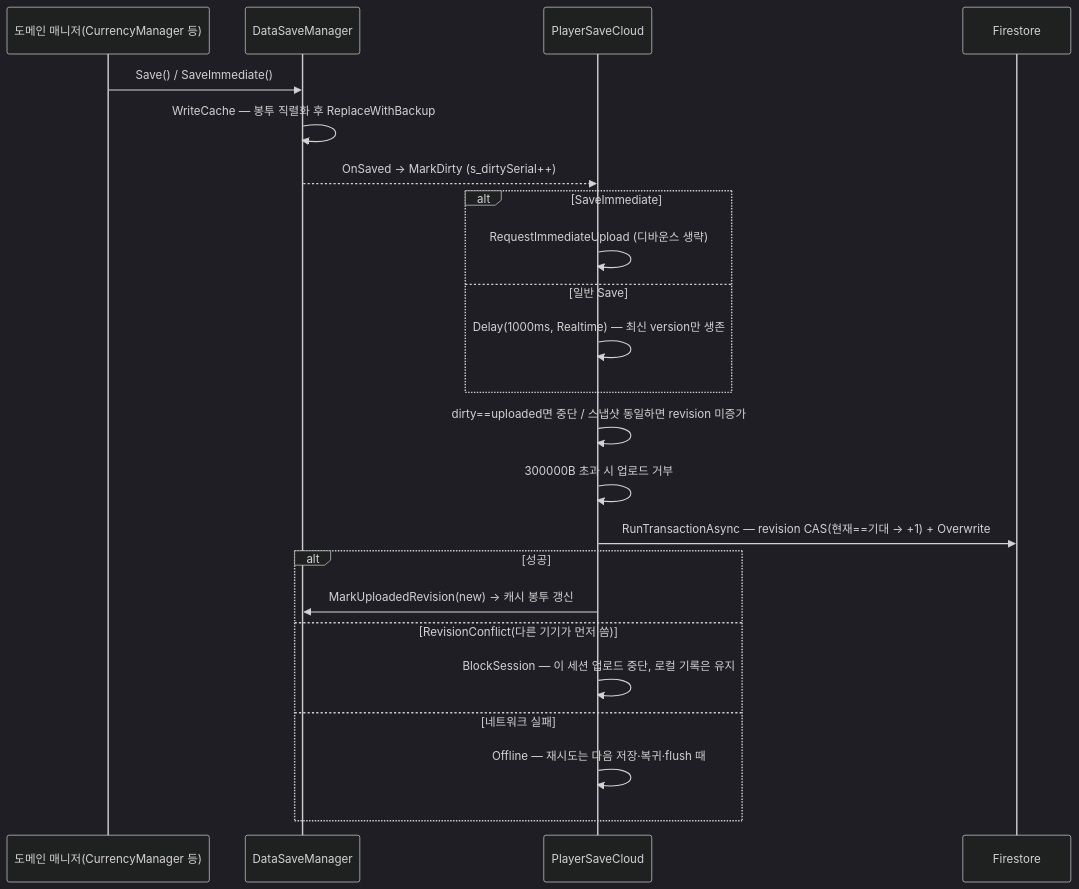
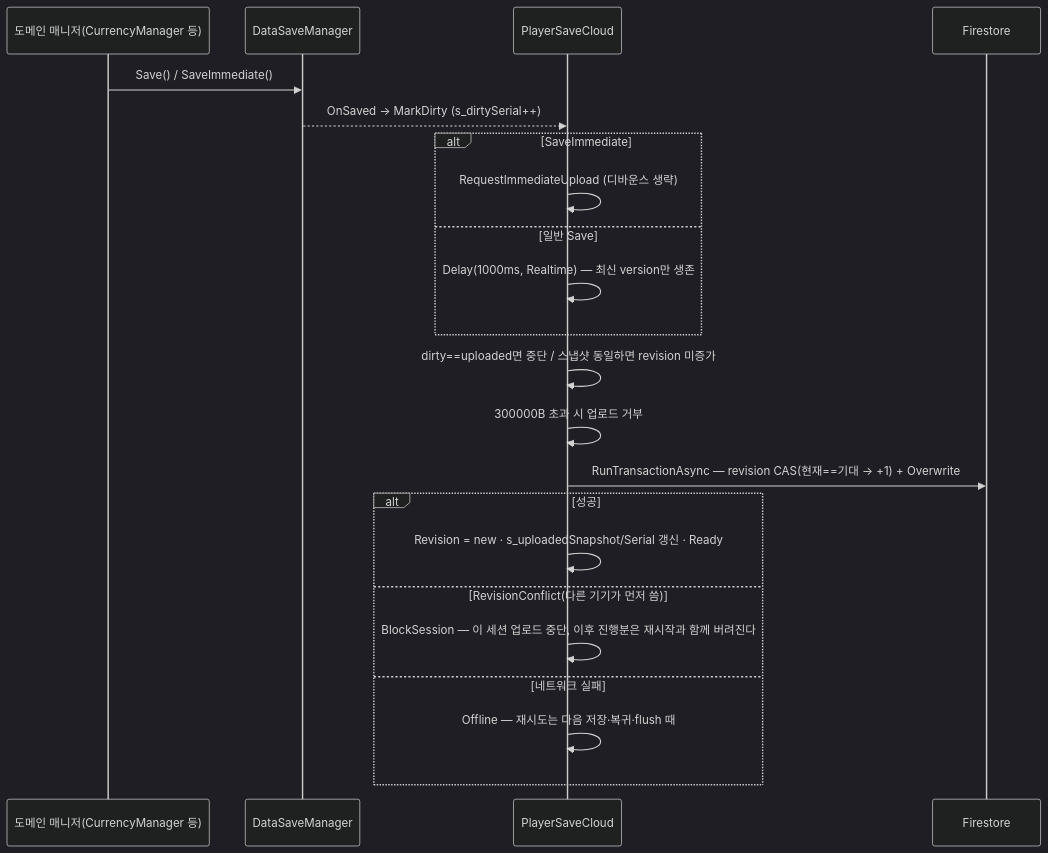
Before and after one commit to hspark-maker/TeamfightTCG_Migriation: the third of 27 diagrams in docs/OutGamePlan/STRUCTURE.md, drawn with Mermaid (dark theme). The commit also changed other lines of this file and 24 other files, not shown here.

````diff
--- a/docs/OutGamePlan/STRUCTURE.md
+++ b/docs/OutGamePlan/STRUCTURE.md
@@ -90,26 +82,25 @@
 ```mermaid
 sequenceDiagram
     participant MGR as 도메인 매니저(CurrencyManager 등)
     participant DSM as DataSaveManager
     participant PC as PlayerSaveCloud
     participant FS as Firestore
 
     MGR->>DSM: Save() / SaveImmediate()
-    DSM->>DSM: WriteCache — 봉투 직렬화 후 ReplaceWithBackup
     DSM-->>PC: OnSaved → MarkDirty (s_dirtySerial++)
     alt SaveImmediate
         PC->>PC: RequestImmediateUpload (디바운스 생략)
     else 일반 Save
         PC->>PC: Delay(1000ms, Realtime) — 최신 version만 생존
     end
     PC->>PC: dirty==uploaded면 중단 / 스냅샷 동일하면 revision 미증가
     PC->>PC: 300000B 초과 시 업로드 거부
     PC->>FS: RunTransactionAsync — revision CAS(현재==기대 → +1) + Overwrite
     alt 성공
-        PC->>DSM: MarkUploadedRevision(new) → 캐시 봉투 갱신
+        PC->>PC: Revision = new · s_uploadedSnapshot/Serial 갱신 · Ready
     else RevisionConflict(다른 기기가 먼저 씀)
-        PC->>PC: BlockSession — 이 세션 업로드 중단, 로컬 기록은 유지
+        PC->>PC: BlockSession — 이 세션 업로드 중단, 이후 진행분은 재시작과 함께 버려진다
     else 네트워크 실패
         PC->>PC: Offline — 재시도는 다음 저장·복귀·flush 때
     end
 ```
````
